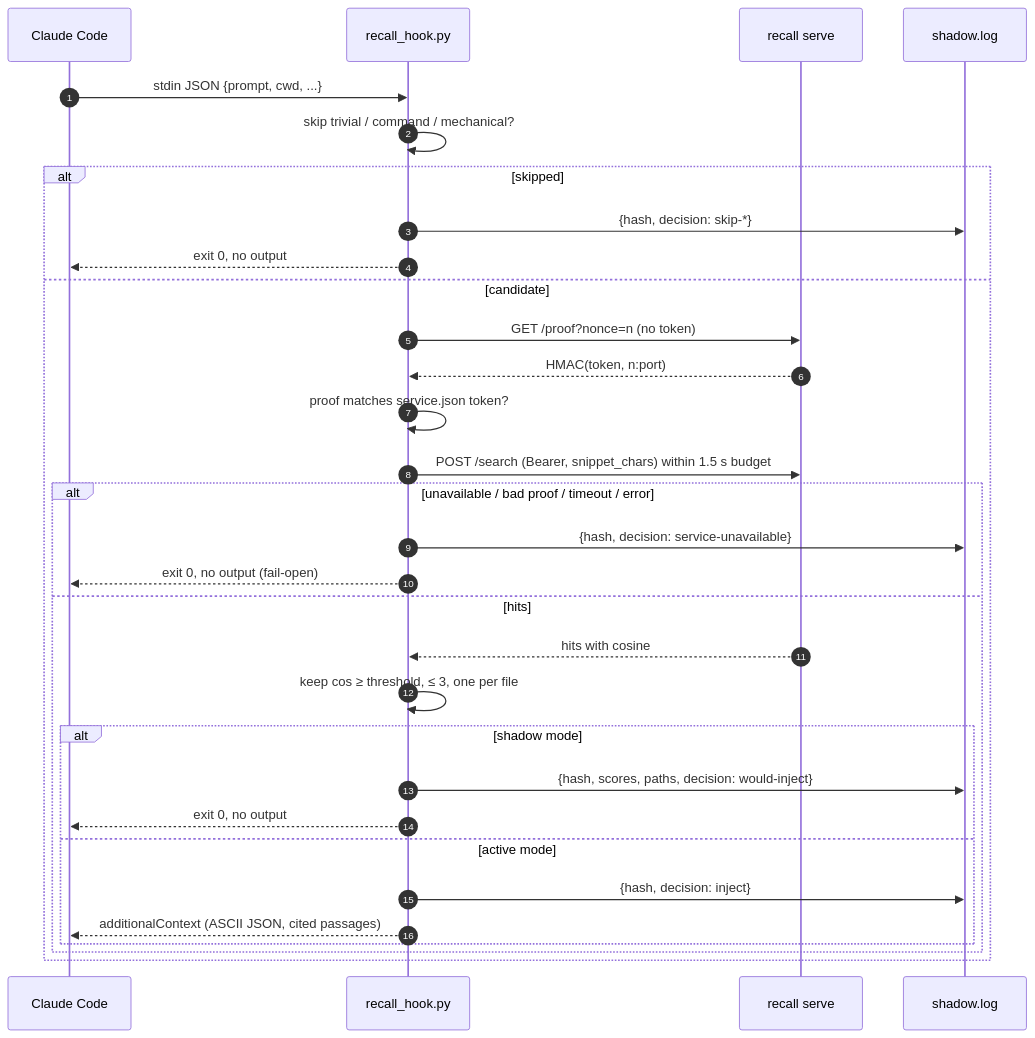
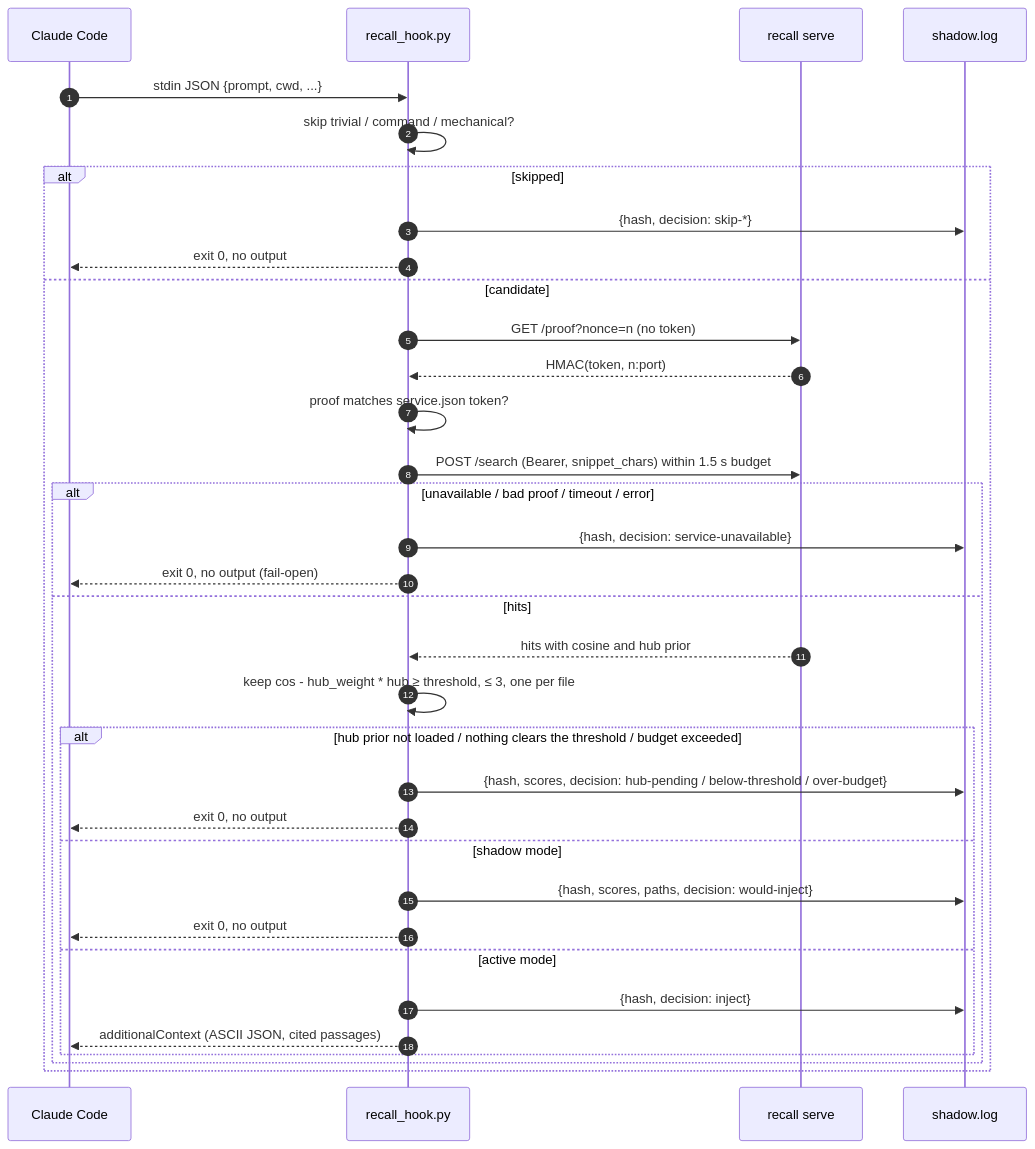
Before and after one commit to andreshma/recall: the fourth of 7 diagrams in docs/DIAGRAMS.md, drawn with Mermaid. The commit also changed other lines of this file and 4 other files, not shown here.

Commit message:
docs: add diagrams, runbook and testing section (#17)

````diff
--- a/docs/DIAGRAMS.md
+++ b/docs/DIAGRAMS.md
@@ -52,34 +103,37 @@
 ```mermaid
 sequenceDiagram
     autonumber
     participant CC as Claude Code
     participant H as recall_hook.py
     participant S as recall serve
     participant L as shadow.log
 
     CC->>H: stdin JSON {prompt, cwd, ...}
     H->>H: skip trivial / command / mechanical?
     alt skipped
         H->>L: {hash, decision: skip-*}
         H-->>CC: exit 0, no output
     else candidate
         H->>S: GET /proof?nonce=n (no token)
         S-->>H: HMAC(token, n:port)
         H->>H: proof matches service.json token?
         H->>S: POST /search (Bearer, snippet_chars) within 1.5 s budget
         alt unavailable / bad proof / timeout / error
             H->>L: {hash, decision: service-unavailable}
             H-->>CC: exit 0, no output (fail-open)
         else hits
-            S-->>H: hits with cosine
-            H->>H: keep cos ≥ threshold, ≤ 3, one per file
-            alt shadow mode
+            S-->>H: hits with cosine and hub prior
+            H->>H: keep cos - hub_weight * hub ≥ threshold, ≤ 3, one per file
+            alt hub prior not loaded / nothing clears the threshold / budget exceeded
+                H->>L: {hash, scores, decision: hub-pending / below-threshold / over-budget}
+                H-->>CC: exit 0, no output
+            else shadow mode
                 H->>L: {hash, scores, paths, decision: would-inject}
                 H-->>CC: exit 0, no output
             else active mode
                 H->>L: {hash, decision: inject}
                 H-->>CC: additionalContext (ASCII JSON, cited passages)
             end
         end
     end
 ```
````
